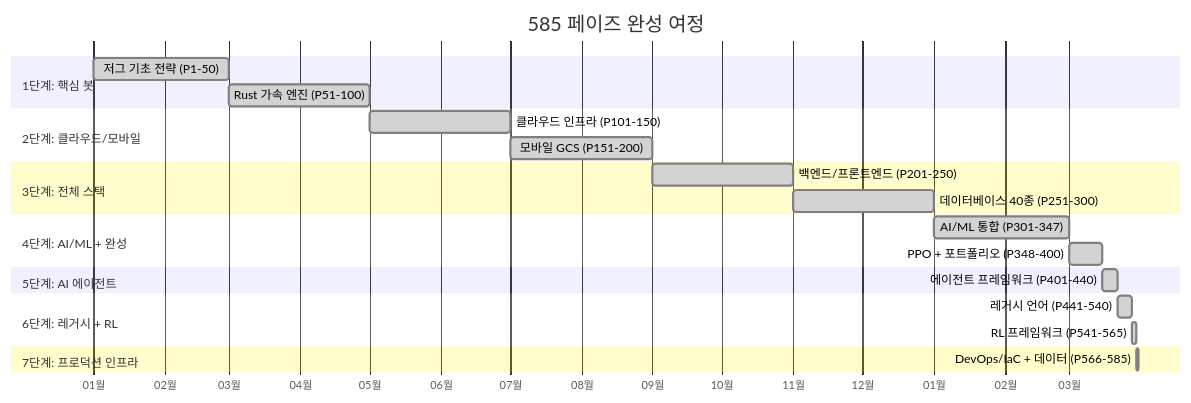
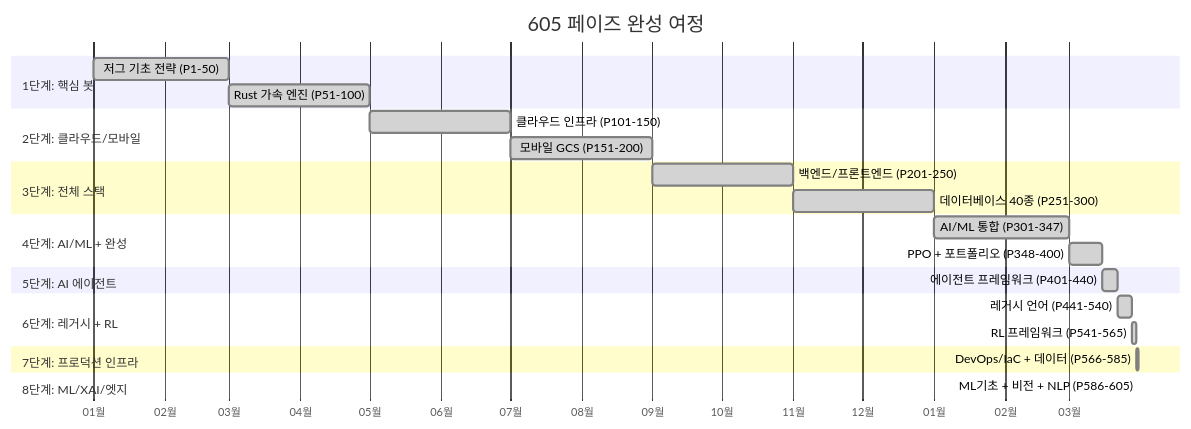
One commit to sun475300-sudo/Swarm-control-in-sc2bot changed the first of 30 diagrams in README.md. Above: the diagram before and after it, drawn with Mermaid. The commit also changed other lines of this file and 20 other files, not shown here.

First line of the commit message:
Phase 586-605: ML/XAI/엣지/문서화 20개 페이즈 + README P605 업데이트

````diff
--- a/README.md
+++ b/README.md
@@ -225,32 +232,35 @@
 ```mermaid
 gantt
-    title 585 페이즈 완성 여정
+    title 605 페이즈 완성 여정
     dateFormat YYYY-MM-DD
     axisFormat %m월
 
     section 1단계: 핵심 봇
     저그 기초 전략 (P1-50)       :done, 2025-01-01, 2025-03-01
     Rust 가속 엔진 (P51-100)     :done, 2025-03-01, 2025-05-01
 
     section 2단계: 클라우드/모바일
     클라우드 인프라 (P101-150)   :done, 2025-05-01, 2025-07-01
     모바일 GCS (P151-200)        :done, 2025-07-01, 2025-09-01
 
     section 3단계: 전체 스택
     백엔드/프론트엔드 (P201-250) :done, 2025-09-01, 2025-11-01
     데이터베이스 40종 (P251-300) :done, 2025-11-01, 2026-01-01
 
     section 4단계: AI/ML + 완성
     AI/ML 통합 (P301-347)        :done, 2026-01-01, 2026-03-01
     PPO + 포트폴리오 (P348-400)  :done, 2026-03-01, 2026-03-15
 
     section 5단계: AI 에이전트
     에이전트 프레임워크 (P401-440):done, 2026-03-15, 2026-03-22
 
     section 6단계: 레거시 + RL
     레거시 언어 (P441-540)       :done, 2026-03-22, 2026-03-28
     RL 프레임워크 (P541-565)     :done, 2026-03-28, 2026-03-30
 
     section 7단계: 프로덕션 인프라
     DevOps/IaC + 데이터 (P566-585):done, 2026-03-30, 2026-03-31
+
+    section 8단계: ML/XAI/엣지
+    ML기초 + 비전 + NLP (P586-605):done, 2026-03-31, 2026-03-31
 ```
````
